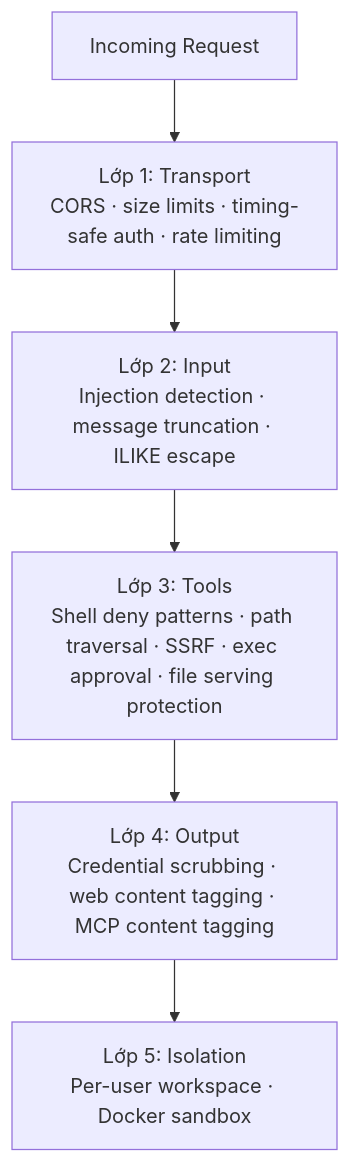
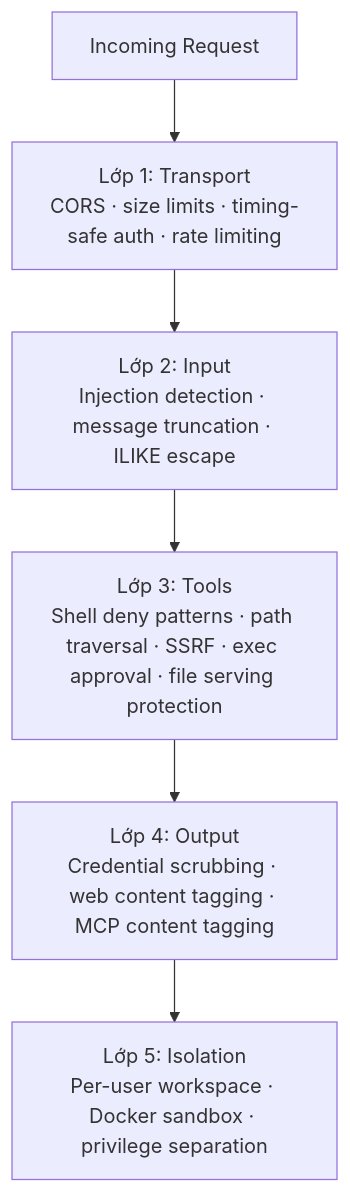
Before and after one commit to q1t-architect/goclaw-docs: the first of 2 diagrams in vi/deployment/security-hardening.md, drawn with Mermaid. The commit also changed other lines of this file and 367 other files, not shown here.

````diff
--- a/vi/deployment/security-hardening.md
+++ b/vi/deployment/security-hardening.md
@@ -11,8 +11,8 @@
 ```mermaid
 flowchart TD
     REQ["Incoming Request"] --> L1["Lớp 1: Transport\nCORS · size limits · timing-safe auth · rate limiting"]
     L1 --> L2["Lớp 2: Input\nInjection detection · message truncation · ILIKE escape"]
     L2 --> L3["Lớp 3: Tools\nShell deny patterns · path traversal · SSRF · exec approval · file serving protection"]
     L3 --> L4["Lớp 4: Output\nCredential scrubbing · web content tagging · MCP content tagging"]
-    L4 --> L5["Lớp 5: Isolation\nPer-user workspace · Docker sandbox"]
+    L4 --> L5["Lớp 5: Isolation\nPer-user workspace · Docker sandbox · privilege separation"]
 ```
````
